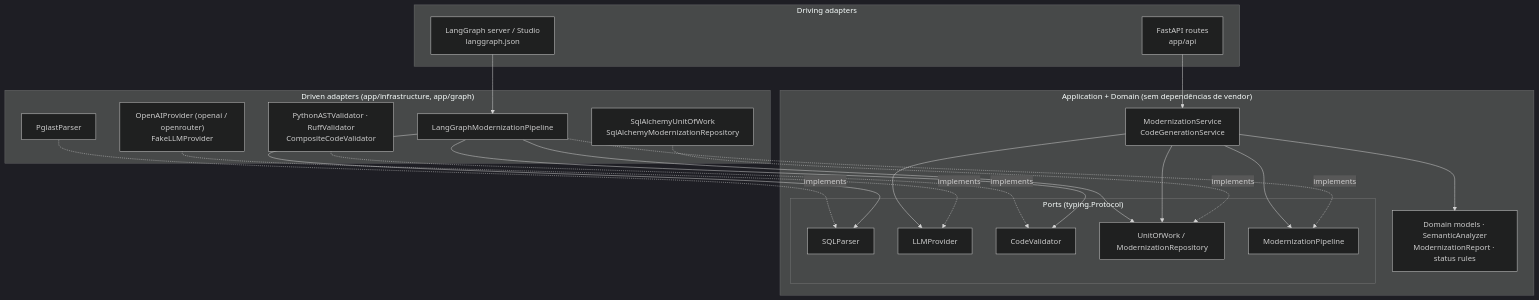
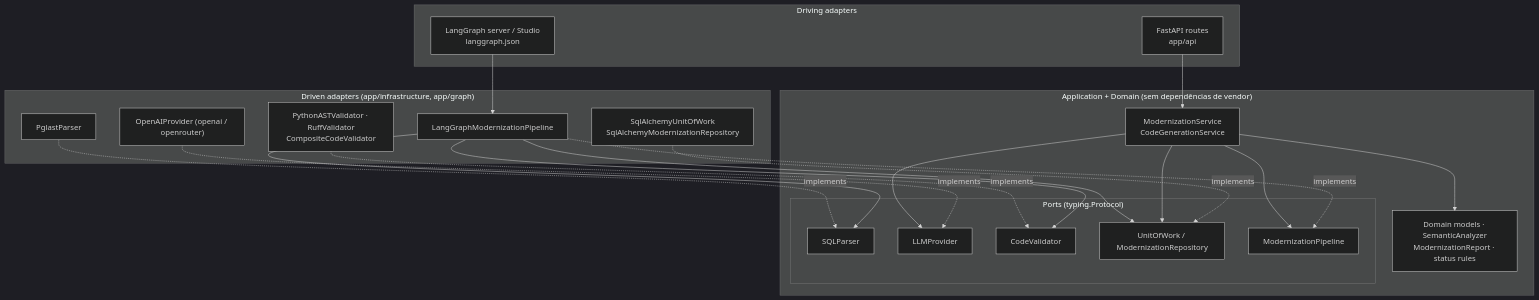
Before and after one commit to pedro-nuness/desafio-tecnico-sql-python: the second of 3 diagrams in README.md, drawn with Mermaid (dark theme). The commit also changed other lines of this file and 53 other files, not shown here.

````diff
--- a/README.md
+++ b/README.md
@@ -173,42 +171,42 @@
 ```mermaid
 flowchart TB
     subgraph Driving["Driving adapters"]
         FASTAPI["FastAPI routes<br/>app/api"]
         LGCLI["LangGraph server / Studio<br/>langgraph.json"]
     end
 
     subgraph Core["Application + Domain (sem dependências de vendor)"]
         SVC["ModernizationService<br/>CodeGenerationService"]
         DOM["Domain models · SemanticAnalyzer<br/>ModernizationReport · status rules"]
         subgraph Ports["Ports (typing.Protocol)"]
             P1["SQLParser"]
             P2["LLMProvider"]
             P3["CodeValidator"]
             P4["UnitOfWork / ModernizationRepository"]
             P5["ModernizationPipeline"]
         end
     end
 
     subgraph Driven["Driven adapters (app/infrastructure, app/graph)"]
         A1["PglastParser"]
-        A2["OpenAIProvider (openai / openrouter)<br/>FakeLLMProvider"]
+        A2["OpenAIProvider (openai / openrouter)"]
         A3["PythonASTValidator · RuffValidator<br/>CompositeCodeValidator"]
         A4["SqlAlchemyUnitOfWork<br/>SqlAlchemyModernizationRepository"]
         A5["LangGraphModernizationPipeline"]
     end
 
     FASTAPI --> SVC
     LGCLI --> A5
     A5 --> P4
     SVC --> DOM
     SVC --> P4
     SVC --> P5
     SVC --> P2
     A1 -. implements .-> P1
     A2 -. implements .-> P2
     A3 -. implements .-> P3
     A4 -. implements .-> P4
     A5 -. implements .-> P5
     A5 --> P1
     A5 --> P3
 ```
````
